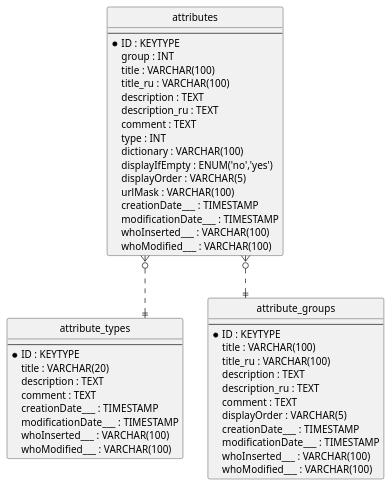
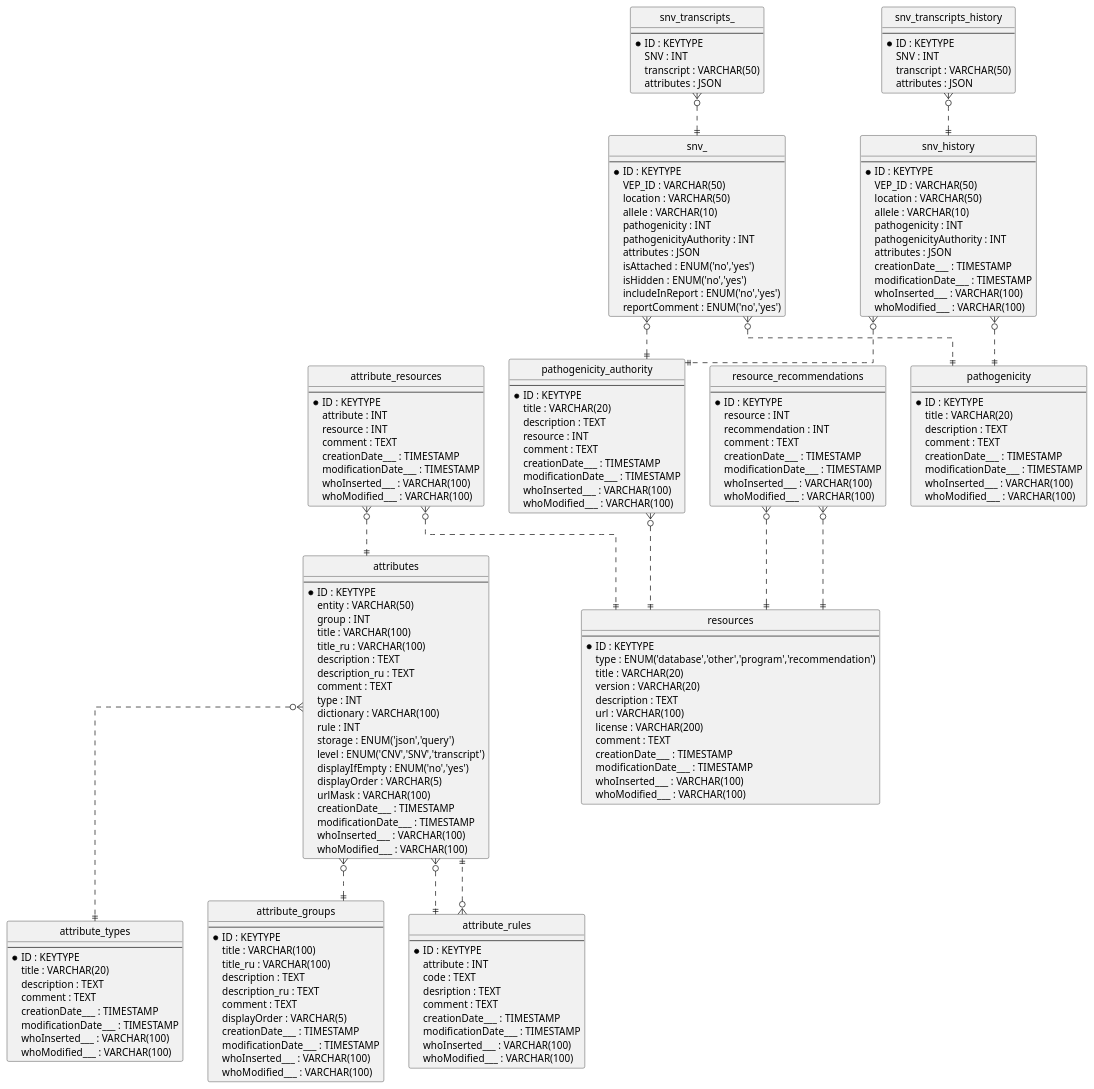
One commit to genespace-ru/lims-docs changed the diagram in source/be5/diagrams/attributes.puml. Above: the diagram before and after it, drawn with PlantUML. The commit also changed 18 other files, not shown here.

```diff
--- a/source/be5/diagrams/attributes.puml
+++ b/source/be5/diagrams/attributes.puml
@@ -1,52 +1,193 @@
    hide circle
    skinparam linetype ortho
 
    entity "attributes" as attributes{
      --
      *ID : KEYTYPE
+     entity : VARCHAR(50)
      group : INT
      title : VARCHAR(100)
      title_ru : VARCHAR(100)
      description : TEXT
      description_ru : TEXT
      comment : TEXT
      type : INT
      dictionary : VARCHAR(100)
+     rule : INT
+     storage : ENUM('json','query')
+     level : ENUM('CNV','SNV','transcript')
      displayIfEmpty : ENUM('no','yes')
      displayOrder : VARCHAR(5)
      urlMask : VARCHAR(100)
      creationDate___ : TIMESTAMP
      modificationDate___ : TIMESTAMP
      whoInserted___ : VARCHAR(100)
      whoModified___ : VARCHAR(100)
     }
 
    entity "attribute_types" as attribute_types{
      --
      *ID : KEYTYPE
      title : VARCHAR(20)
      description : TEXT
      comment : TEXT
      creationDate___ : TIMESTAMP
      modificationDate___ : TIMESTAMP
      whoInserted___ : VARCHAR(100)
      whoModified___ : VARCHAR(100)
     }
 
    entity "attribute_groups" as attribute_groups{
      --
      *ID : KEYTYPE
      title : VARCHAR(100)
      title_ru : VARCHAR(100)
      description : TEXT
      description_ru : TEXT
      comment : TEXT
      displayOrder : VARCHAR(5)
      creationDate___ : TIMESTAMP
      modificationDate___ : TIMESTAMP
      whoInserted___ : VARCHAR(100)
      whoModified___ : VARCHAR(100)
     }
 
+   entity "attribute_resources" as attribute_resources{
+     --
+     *ID : KEYTYPE
+     attribute : INT
+     resource : INT
+     comment : TEXT
+     creationDate___ : TIMESTAMP
+     modificationDate___ : TIMESTAMP
+     whoInserted___ : VARCHAR(100)
+     whoModified___ : VARCHAR(100)
+    }
+
+   entity "attribute_rules" as attribute_rules{
+     --
+     *ID : KEYTYPE
+     attribute : INT
+     code : TEXT
+     desription : TEXT
+     comment : TEXT
+     creationDate___ : TIMESTAMP
+     modificationDate___ : TIMESTAMP
+     whoInserted___ : VARCHAR(100)
+     whoModified___ : VARCHAR(100)
+    }
+
+   entity "pathogenicity" as pathogenicity{
+     --
+     *ID : KEYTYPE
+     title : VARCHAR(20)
+     description : TEXT
+     comment : TEXT
+     creationDate___ : TIMESTAMP
+     modificationDate___ : TIMESTAMP
+     whoInserted___ : VARCHAR(100)
+     whoModified___ : VARCHAR(100)
+    }
+
+   entity "pathogenicity_authority" as pathogenicity_authority{
+     --
+     *ID : KEYTYPE
+     title : VARCHAR(20)
+     description : TEXT
+     resource : INT
+     comment : TEXT
+     creationDate___ : TIMESTAMP
+     modificationDate___ : TIMESTAMP
+     whoInserted___ : VARCHAR(100)
+     whoModified___ : VARCHAR(100)
+    }
+
+   entity "resources" as resources{
+     --
+     *ID : KEYTYPE
+     type : ENUM('database','other','program','recommendation')
+     title : VARCHAR(20)
+     version : VARCHAR(20)
+     description : TEXT
+     url : VARCHAR(100)
+     license : VARCHAR(200)
+     comment : TEXT
+     creationDate___ : TIMESTAMP
+     modificationDate___ : TIMESTAMP
+     whoInserted___ : VARCHAR(100)
+     whoModified___ : VARCHAR(100)
+    }
+
+   entity "resource_recommendations" as resource_recommendations{
+     --
+     *ID : KEYTYPE
+     resource : INT
+     recommendation : INT
+     comment : TEXT
+     creationDate___ : TIMESTAMP
+     modificationDate___ : TIMESTAMP
+     whoInserted___ : VARCHAR(100)
+     whoModified___ : VARCHAR(100)
+    }
+
+   entity "snv_" as snv_{
+     --
+     *ID : KEYTYPE
+     VEP_ID : VARCHAR(50)
+     location : VARCHAR(50)
+     allele : VARCHAR(10)
+     pathogenicity : INT
+     pathogenicityAuthority : INT
+     attributes : JSON
+     isAttached : ENUM('no','yes')
+     isHidden : ENUM('no','yes')
+     includeInReport : ENUM('no','yes')
+     reportComment : ENUM('no','yes')
+    }
+
+   entity "snv_transcripts_" as snv_transcripts_{
+     --
+     *ID : KEYTYPE
+     SNV : INT
+     transcript : VARCHAR(50)
+     attributes : JSON
+    }
+
+   entity "snv_history" as snv_history{
+     --
+     *ID : KEYTYPE
+     VEP_ID : VARCHAR(50)
+     location : VARCHAR(50)
+     allele : VARCHAR(10)
+     pathogenicity : INT
+     pathogenicityAuthority : INT
+     attributes : JSON
+     creationDate___ : TIMESTAMP
+     modificationDate___ : TIMESTAMP
+     whoInserted___ : VARCHAR(100)
+     whoModified___ : VARCHAR(100)
+    }
+
+   entity "snv_transcripts_history" as snv_transcripts_history{
+     --
+     *ID : KEYTYPE
+     SNV : INT
+     transcript : VARCHAR(50)
+     attributes : JSON
+    }
+
+   attribute_resources }o..|| attributes
+   attribute_resources }o..|| resources
+   attribute_rules }o..|| attributes
    attributes }o..|| attribute_groups
    attributes }o..|| attribute_types
+   attributes }o..|| attribute_rules
+   pathogenicity_authority }o..|| resources
+   resource_recommendations }o..|| resources
+   resource_recommendations }o..|| resources
+   snv_ }o..|| pathogenicity
+   snv_ }o..|| pathogenicity_authority
+   snv_history }o..|| pathogenicity
+   snv_history }o..|| pathogenicity_authority
+   snv_transcripts_ }o..|| snv_
+   snv_transcripts_history }o..|| snv_history
```
